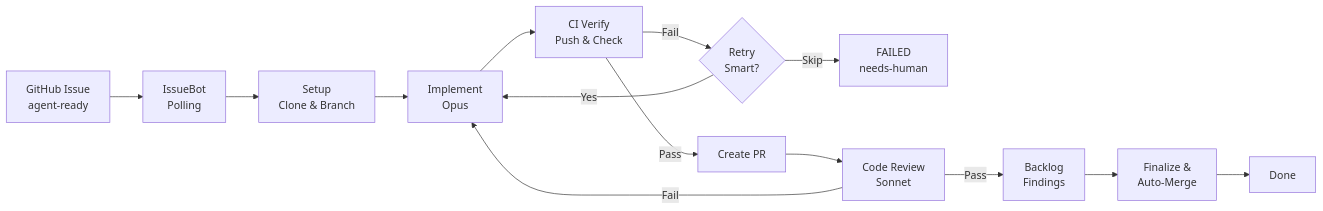
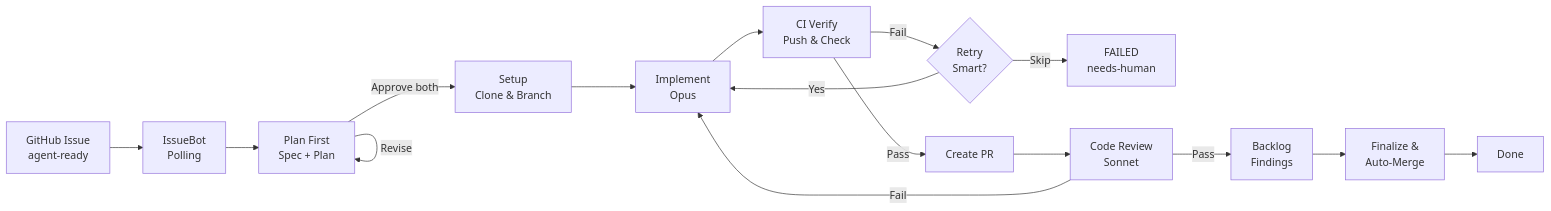
Before and after one commit to dbbaskette/IssueBot: the first of 2 diagrams in README.md, drawn with Mermaid. The commit also changed other lines of this file and 5 other files, not shown here.

Commit message:
test: verify versioned Plan First lifecycle

````diff
--- a/README.md
+++ b/README.md
@@ -17,16 +17,18 @@
 ```mermaid
 flowchart LR
     A[GitHub Issue<br>agent-ready] --> B[IssueBot<br>Polling]
-    B --> C[Setup<br>Clone & Branch]
+    B --> P[Plan First<br>Spec + Plan]
+    P -->|Revise| P
+    P -->|Approve both| C[Setup<br>Clone & Branch]
     C --> D[Implement<br>Opus]
     D --> E[CI Verify<br>Push & Check]
     E -->|Fail| F{Retry<br>Smart?}
     F -->|Skip| G[FAILED<br>needs-human]
     F -->|Yes| D
     E -->|Pass| H[Create PR]
     H --> I[Code Review<br>Sonnet]
     I -->|Fail| D
     I -->|Pass| J[Backlog<br>Findings]
     J --> K[Finalize &<br>Auto-Merge]
     K --> L[Done]
 ```
````
